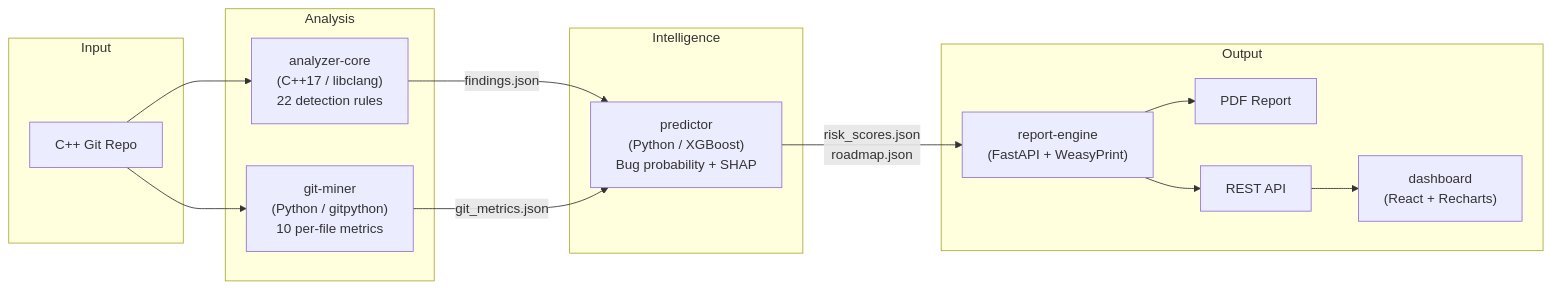
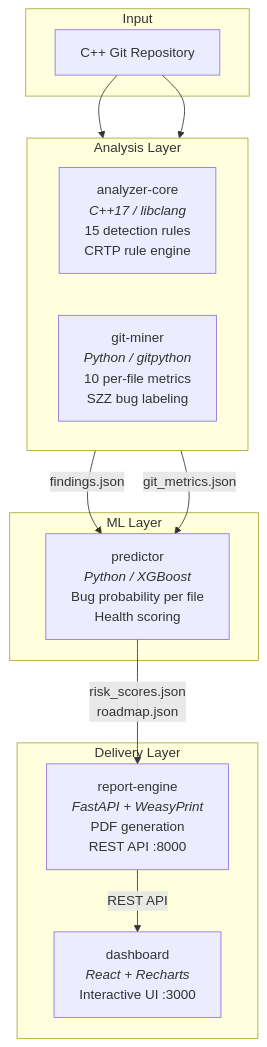
The first of 2 diagrams in README.md (manju89jay/cppulse), drawn with Mermaid before and after one commit. The commit also changed other lines of this file and 36 other files, not shown here.

````diff
--- a/README.md
+++ b/README.md
@@ -68,27 +38,28 @@
 ```mermaid
-flowchart LR
+flowchart TB
     subgraph Input
-        R[C++ Git Repo]
+        REPO["C++ Git Repository"]
     end
-    subgraph Analysis
-        A["analyzer-core\n(C++17 / libclang)\n22 detection rules"]
-        G["git-miner\n(Python / gitpython)\n10 per-file metrics"]
+
+    subgraph Analysis ["Analysis Layer"]
+        direction LR
+        AC["analyzer-core<br/><i>C++17 / libclang</i><br/>15 detection rules<br/>CRTP rule engine"]
+        GM["git-miner<br/><i>Python / gitpython</i><br/>10 per-file metrics<br/>SZZ bug labeling"]
     end
-    subgraph Intelligence
-        P["predictor\n(Python / XGBoost)\nBug probability + SHAP"]
+
+    subgraph ML ["ML Layer"]
+        PR["predictor<br/><i>Python / XGBoost</i><br/>Bug probability per file<br/>Health scoring"]
     end
-    subgraph Output
-        RE["report-engine\n(FastAPI + WeasyPrint)"]
-        D["dashboard\n(React + Recharts)"]
-        PDF[PDF Report]
-        API[REST API]
+
+    subgraph Delivery ["Delivery Layer"]
+        RE["report-engine<br/><i>FastAPI + WeasyPrint</i><br/>PDF generation<br/>REST API :8000"]
+        DB["dashboard<br/><i>React + Recharts</i><br/>Interactive UI :3000"]
     end
-    R --> A
-    R --> G
-    A -->|findings.json| P
-    G -->|git_metrics.json| P
-    P -->|risk_scores.json\nroadmap.json| RE
-    RE --> PDF
-    RE --> API
-    API --> D
+
+    REPO --> AC
+    REPO --> GM
+    AC -- "findings.json" --> PR
+    GM -- "git_metrics.json" --> PR
+    PR -- "risk_scores.json<br/>roadmap.json" --> RE
+    RE -- "REST API" --> DB
 ```
````
